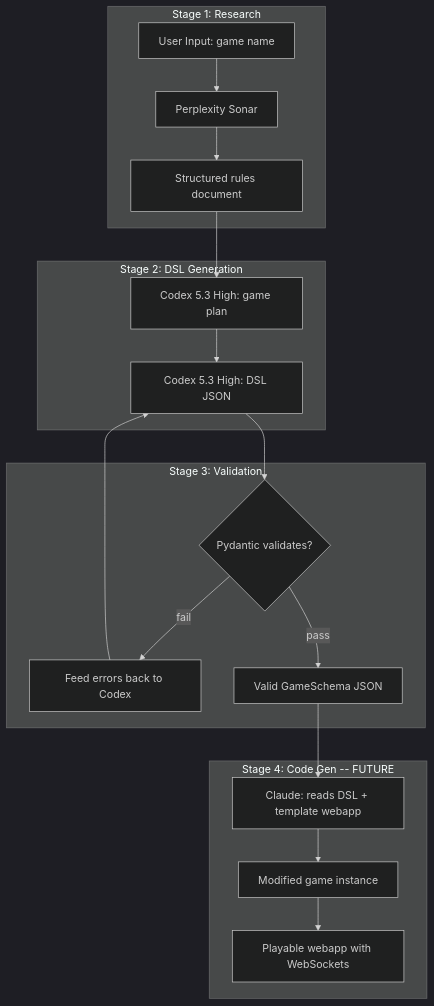
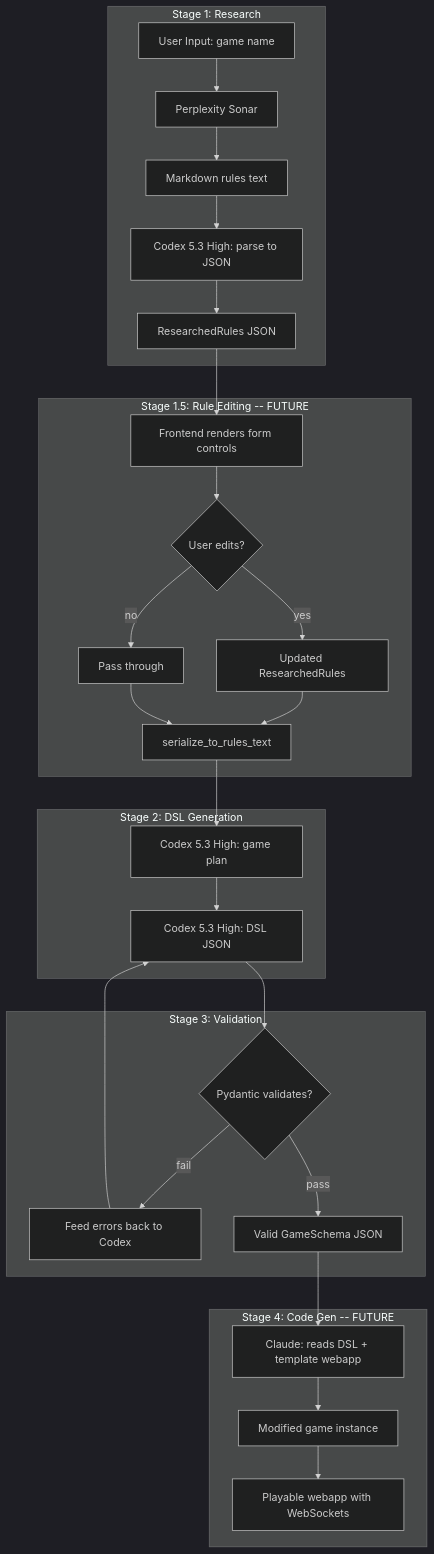
Before and after one commit to AlexiaHyn/Boardify: the first of 4 diagrams in .cursor/plans/dsl_pipeline_generalization_ccc49eab.plan.md, drawn with Mermaid (dark theme). The commit also changed other lines of this file, not shown here.

Commit message:
add stage 1.5 for user edits of rules

````diff
--- a/.cursor/plans/dsl_pipeline_generalization_ccc49eab.plan.md
+++ b/.cursor/plans/dsl_pipeline_generalization_ccc49eab.plan.md
@@ -29,25 +29,36 @@
 ```mermaid
 flowchart TB
     subgraph stage1 [Stage 1: Research]
         A[User Input: game name] --> B[Perplexity Sonar]
-        B --> C[Structured rules document]
+        B --> B2[Markdown rules text]
+        B2 --> B3[Codex 5.3 High: parse to JSON]
+        B3 --> C[ResearchedRules JSON]
+    end
+
+    subgraph stage15 [Stage 1.5: Rule Editing -- FUTURE]
+        C --> C2[Frontend renders form controls]
+        C2 --> C3{User edits?}
+        C3 -->|yes| C4[Updated ResearchedRules]
+        C3 -->|no| C5[Pass through]
+        C4 --> C6[serialize_to_rules_text]
+        C5 --> C6
     end
 
     subgraph stage2 [Stage 2: DSL Generation]
-        C --> D[Codex 5.3 High: game plan]
+        C6 --> D[Codex 5.3 High: game plan]
         D --> E[Codex 5.3 High: DSL JSON]
     end
 
     subgraph stage3 [Stage 3: Validation]
         E --> F{Pydantic validates?}
         F -->|fail| G[Feed errors back to Codex]
         G --> E
         F -->|pass| H[Valid GameSchema JSON]
     end
 
     subgraph stage4 [Stage 4: Code Gen -- FUTURE]
         H --> I[Claude: reads DSL + template webapp]
         I --> J[Modified game instance]
         J --> K[Playable webapp with WebSockets]
     end
 ```
````
